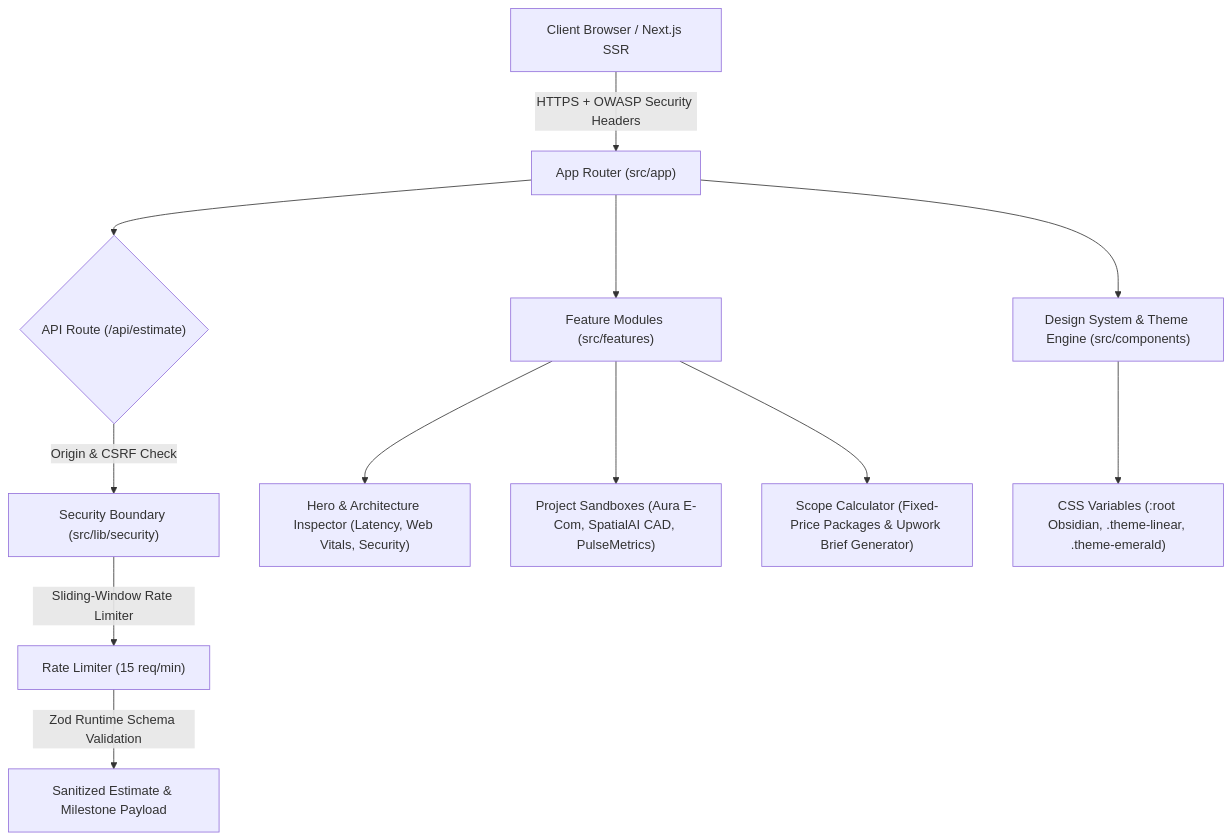
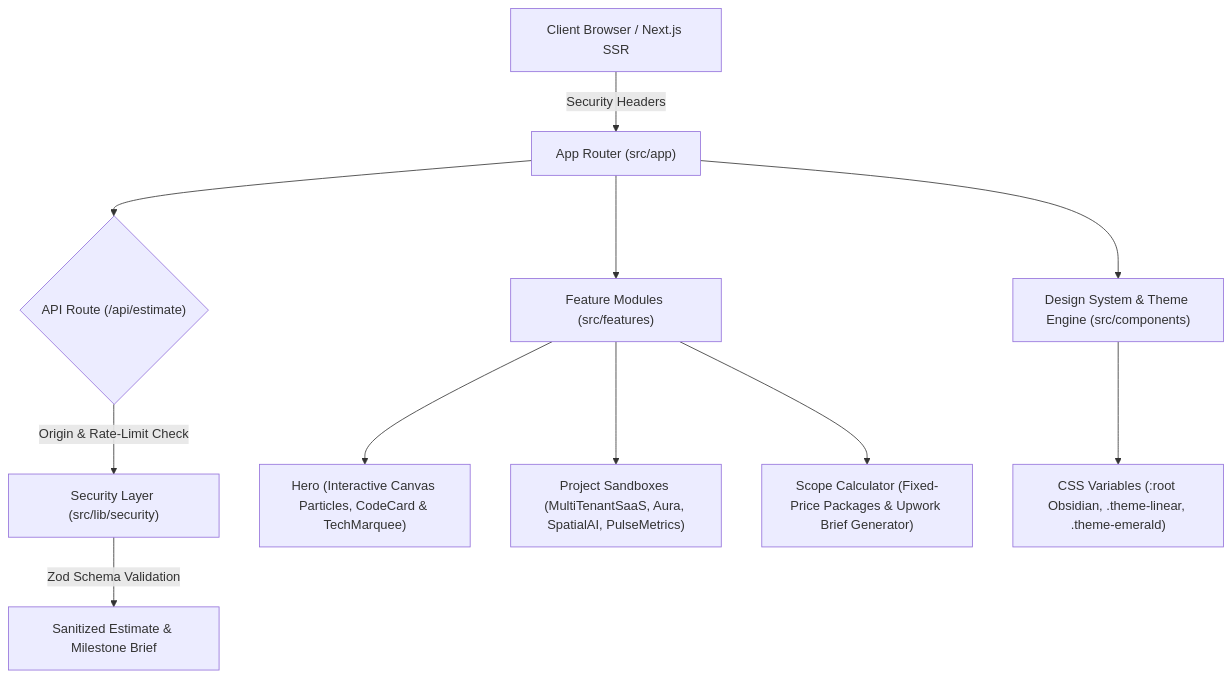
Before and after one commit to FahimInit/my-developer-portfolio: the diagram in README.md, drawn with Mermaid. The commit also changed other lines of this file and 21 other files, not shown here.

Commit message:
refactor(ui): streamline copy and add visual previews, code card, and marquee

````diff
--- a/README.md
+++ b/README.md
@@ -34,16 +23,15 @@
 ```mermaid
 graph TD
-    A["Client Browser / Next.js SSR"] -->|HTTPS + OWASP Security Headers| B["App Router (src/app)"]
+    A["Client Browser / Next.js SSR"] -->|Security Headers| B["App Router (src/app)"]
     B --> C{"API Route (/api/estimate)"}
-    C -->|Origin & CSRF Check| D1["Security Boundary (src/lib/security)"]
-    D1 -->|Sliding-Window Rate Limiter| D2["Rate Limiter (15 req/min)"]
-    D2 -->|Zod Runtime Schema Validation| D3["Sanitized Estimate & Milestone Payload"]
-    
+    C -->|Origin & Rate-Limit Check| D1["Security Layer (src/lib/security)"]
+    D1 -->|Zod Schema Validation| D2["Sanitized Estimate & Milestone Brief"]
+
     B --> E["Feature Modules (src/features)"]
-    E --> F1["Hero & Architecture Inspector (Latency, Web Vitals, Security)"]
-    E --> F2["Project Sandboxes (Aura E-Com, SpatialAI CAD, PulseMetrics)"]
+    E --> F1["Hero (Interactive Canvas Particles, CodeCard & TechMarquee)"]
+    E --> F2["Project Sandboxes (MultiTenantSaaS, Aura, SpatialAI, PulseMetrics)"]
     E --> F3["Scope Calculator (Fixed-Price Packages & Upwork Brief Generator)"]
-    
+
     B --> G["Design System & Theme Engine (src/components)"]
     G --> H["CSS Variables (:root Obsidian, .theme-linear, .theme-emerald)"]
 ```
````
